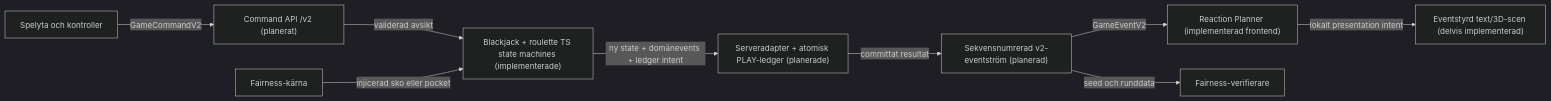
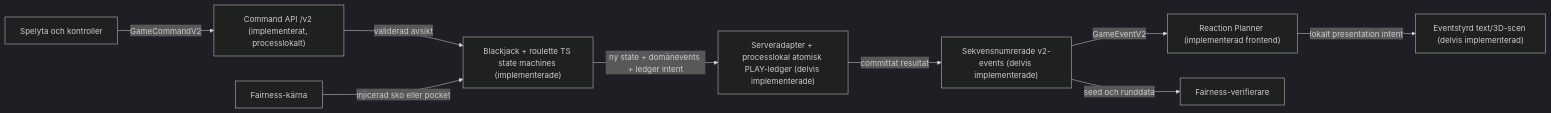
Before and after one commit to Jakeminator123/spelsajt: the first of 3 diagrams in docs/SYSTEM_CANVAS.md, drawn with Mermaid (dark theme). The commit also changed other lines of this file and 9 other files, not shown here.

````diff
--- a/docs/SYSTEM_CANVAS.md
+++ b/docs/SYSTEM_CANVAS.md
@@ -19,21 +19,21 @@
 ```mermaid
 flowchart LR
     UI["Spelyta och kontroller"]
-    API["Command API /v2 (planerat)"]
+    API["Command API /v2 (implementerat, processlokalt)"]
     CORE["Blackjack + roulette TS state machines (implementerade)"]
     FAIR["Fairness-kärna"]
-    TX["Serveradapter + atomisk PLAY-ledger (planerade)"]
-    EVENTS["Sekvensnumrerad v2-eventström (planerad)"]
+    TX["Serveradapter + processlokal atomisk PLAY-ledger (delvis implementerade)"]
+    EVENTS["Sekvensnumrerade v2-events (delvis implementerade)"]
     PLAN["Reaction Planner (implementerad frontend)"]
     SCENE["Eventstyrd text/3D-scen (delvis implementerad)"]
     VERIFY["Fairness-verifierare"]
 
     UI -->|"GameCommandV2"| API
     API -->|"validerad avsikt"| CORE
     FAIR -->|"injicerad sko eller pocket"| CORE
     CORE -->|"ny state + domänevents + ledger intent"| TX
     TX -->|"committat resultat"| EVENTS
     EVENTS -->|"GameEventV2"| PLAN
     PLAN -->|"lokalt presentation intent"| SCENE
     EVENTS -->|"seed och runddata"| VERIFY
 ```
````
